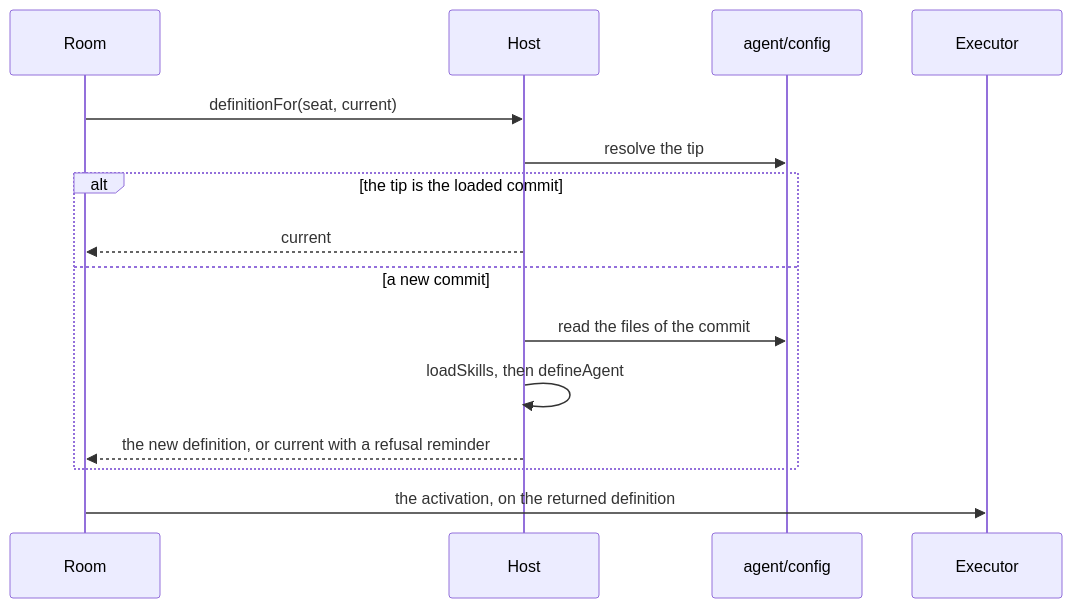
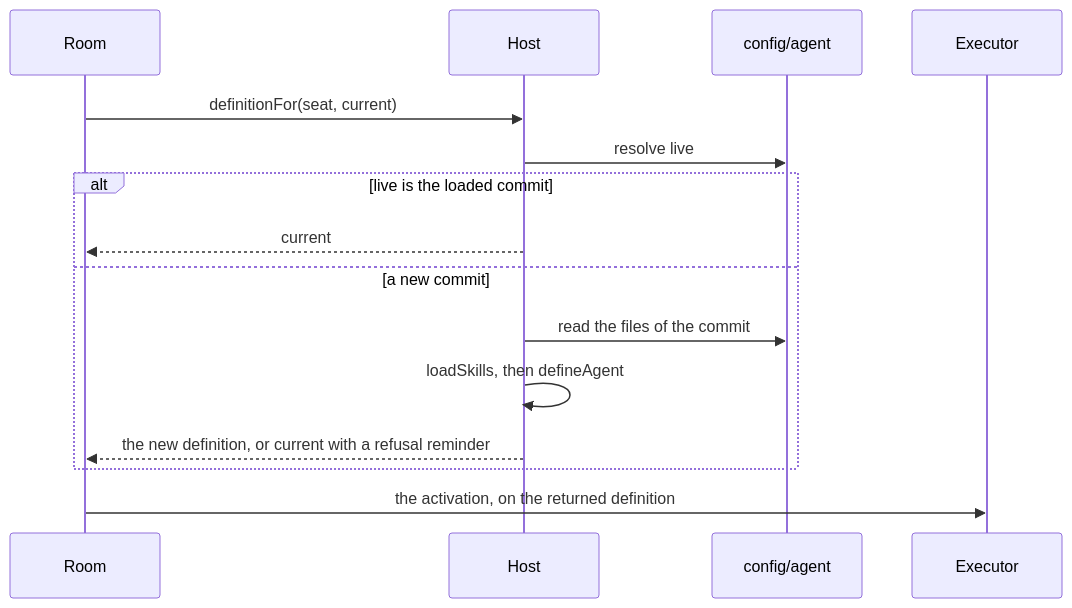
Before and after one commit to ambionframework/ambion: the second of 3 diagrams in docs/gitforeverything.md, drawn with Mermaid. The commit also changed other lines of this file, not shown here.

First line of the commit message:
Give each agent a private config repository with two branches

````diff
--- a/docs/gitforeverything.md
+++ b/docs/gitforeverything.md
@@ -104,17 +118,17 @@
 ```mermaid
 sequenceDiagram
   participant R as Room
   participant H as Host
-  participant F as agent/config
+  participant C as config/agent
   participant E as Executor
   R->>H: definitionFor(seat, current)
-  H->>F: resolve the tip
-  alt the tip is the loaded commit
+  H->>C: resolve live
+  alt live is the loaded commit
     H-->>R: current
   else a new commit
-    H->>F: read the files of the commit
+    H->>C: read the files of the commit
     H->>H: loadSkills, then defineAgent
     H-->>R: the new definition, or current with a refusal reminder
   end
   R->>E: the activation, on the returned definition
 ```
````
